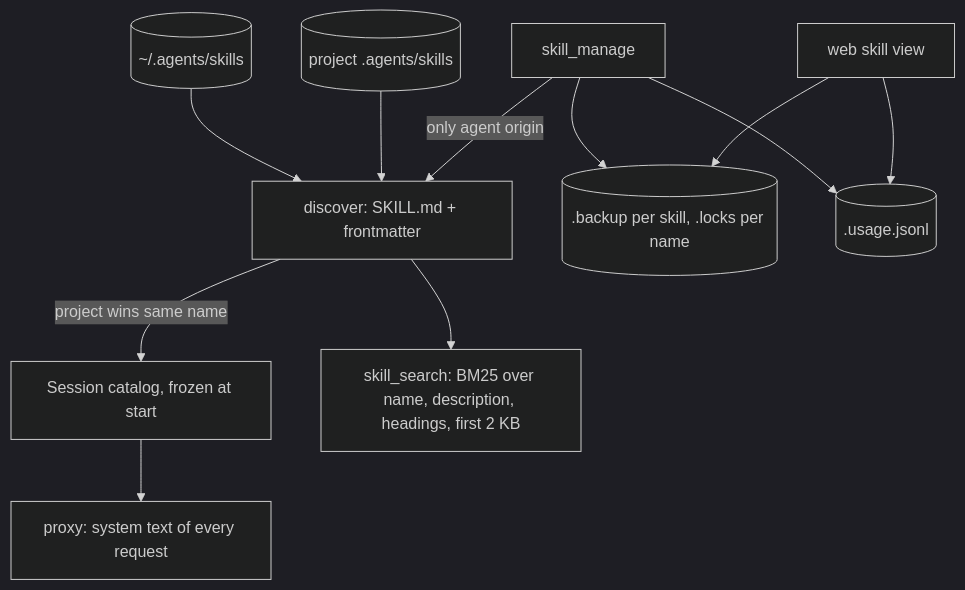
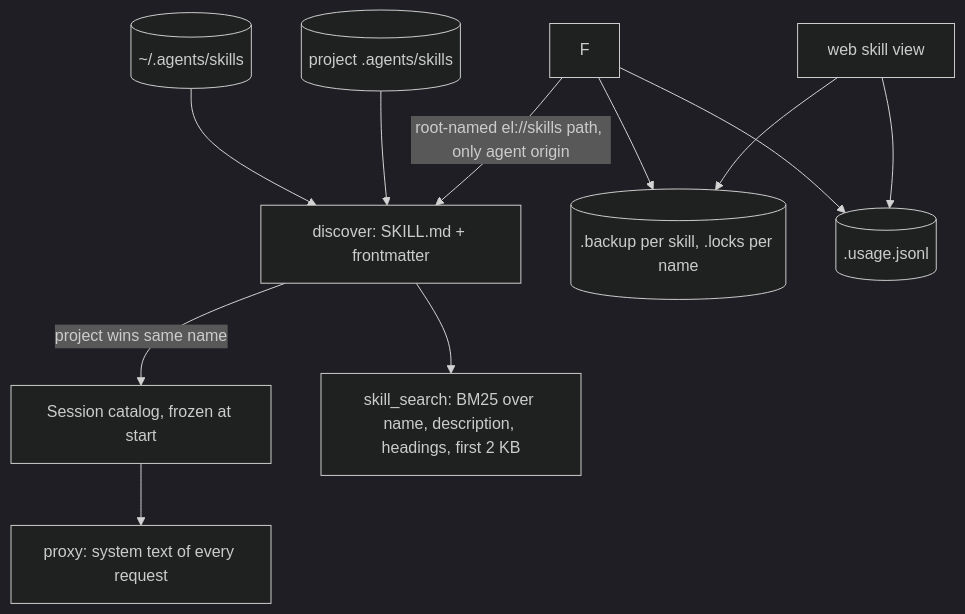
Before and after one commit to ciokyyy/emberloop-rs: the fourth of 5 diagrams in docs/architecture.md, drawn with Mermaid (dark theme). The commit also changed other lines of this file and 21 other files, not shown here.

First line of the commit message:
feat(tools): remove skill_manage

````diff
--- a/docs/architecture.md
+++ b/docs/architecture.md
@@ -194,13 +194,13 @@
 ```mermaid
 flowchart TD
   G[(~/.agents/skills)] --> D[discover: SKILL.md + frontmatter]
   P[(project .agents/skills)] --> D
   D -->|project wins same name| C[Session catalog, frozen at start]
   C --> W[proxy: system text of every request]
   D --> Q[skill_search: BM25 over name, description, headings, first 2 KB]
-  M[skill_manage] -->|only agent origin| D
-  M --> B[(.backup per skill, .locks per name)]
-  M --> U[(.usage.jsonl)]
+  F -->|root-named el://skills path, only agent origin| D
+  F --> B[(.backup per skill, .locks per name)]
+  F --> U[(.usage.jsonl)]
   V[web skill view] --> B
   V --> U
 ```
````
